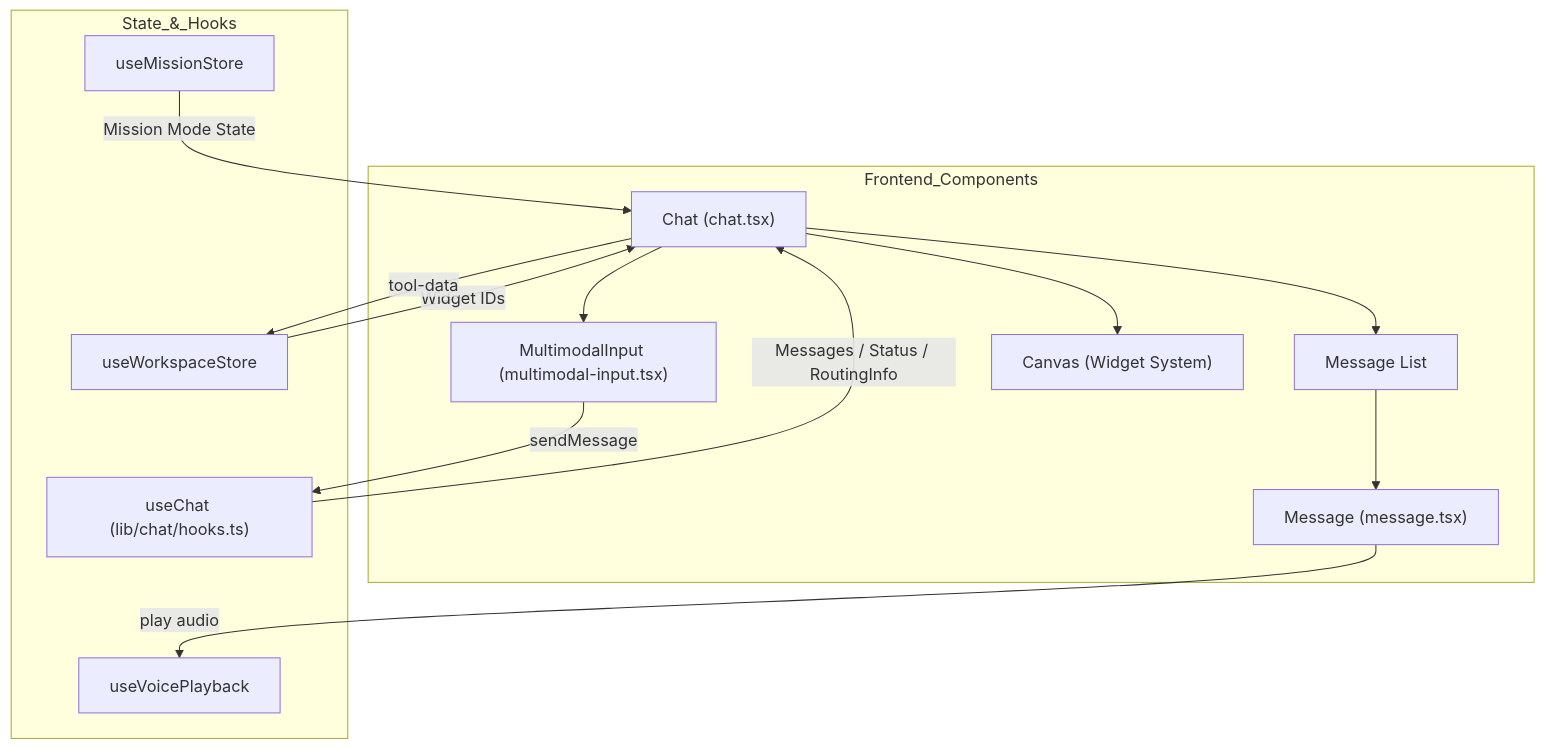
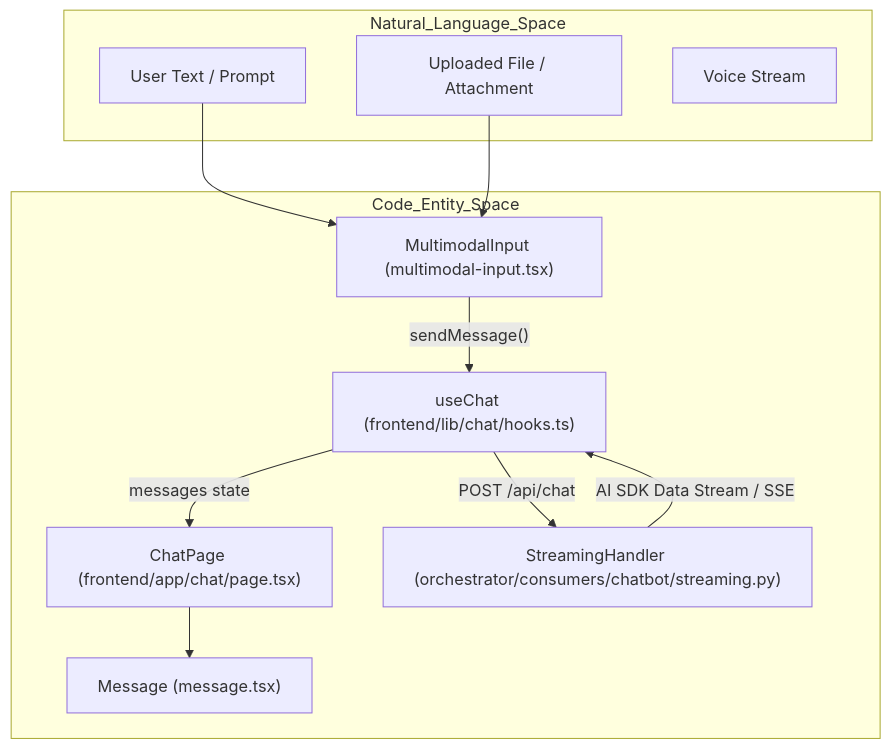
The first of 2 diagrams in docs/chat-interface/chat-ui-components.md (AutomatosAI/automatos-ai), drawn with Mermaid before and after one commit. The commit also changed other lines of this file and 191 other files, not shown here.

````diff
--- a/docs/chat-interface/chat-ui-components.md
+++ b/docs/chat-interface/chat-ui-components.md
@@ -51,30 +60,24 @@
 ```mermaid
 graph TD
-    subgraph "Frontend_Components"
-        Chat["Chat (chat.tsx)"]
-        Input["MultimodalInput (multimodal-input.tsx)"]
-        MsgList["Message List"]
-        Msg["Message (message.tsx)"]
-        Canvas["Canvas (Widget System)"]
+    subgraph "Natural_Language_Space"
+        UserQuery["User Text / Prompt"]
+        UserFile["Uploaded File / Attachment"]
+        VoiceUtterance["Voice Stream"]
     end
 
-    subgraph "State_&_Hooks"
-        useChat["useChat (lib/chat/hooks.ts)"]
-        useWS["useWorkspaceStore"]
-        useMission["useMissionStore"]
-        useVoice["useVoicePlayback"]
+    subgraph "Code_Entity_Space"
+        ChatPage["ChatPage (frontend/app/chat/page.tsx)"]
+        UseChat["useChat (frontend/lib/chat/hooks.ts)"]
+        MultimodalInput["MultimodalInput (multimodal-input.tsx)"]
+        MessageComponent["Message (message.tsx)"]
+        StreamingHandler["StreamingHandler (orchestrator/consumers/chatbot/streaming.py)"]
     end
 
-    Chat --> MsgList
-    MsgList --> Msg
-    Chat --> Input
-    Chat --> Canvas
-
-    useChat -- "Messages / Status / RoutingInfo" --> Chat
-    useWS -- "Widget IDs" --> Chat
-    useMission -- "Mission Mode State" --> Chat
-    
-    Input -- "sendMessage" --> useChat
-    Chat -- "tool-data" --> useWS
-    Msg -- "play audio" --> useVoice
+    UserQuery --> MultimodalInput
+    UserFile --> MultimodalInput
+    MultimodalInput -- "sendMessage()" --> UseChat
+    UseChat -- "POST /api/chat" --> StreamingHandler
+    StreamingHandler -- "AI SDK Data Stream / SSE" --> UseChat
+    UseChat -- "messages state" --> ChatPage
+    ChatPage --> MessageComponent
 ```
````
